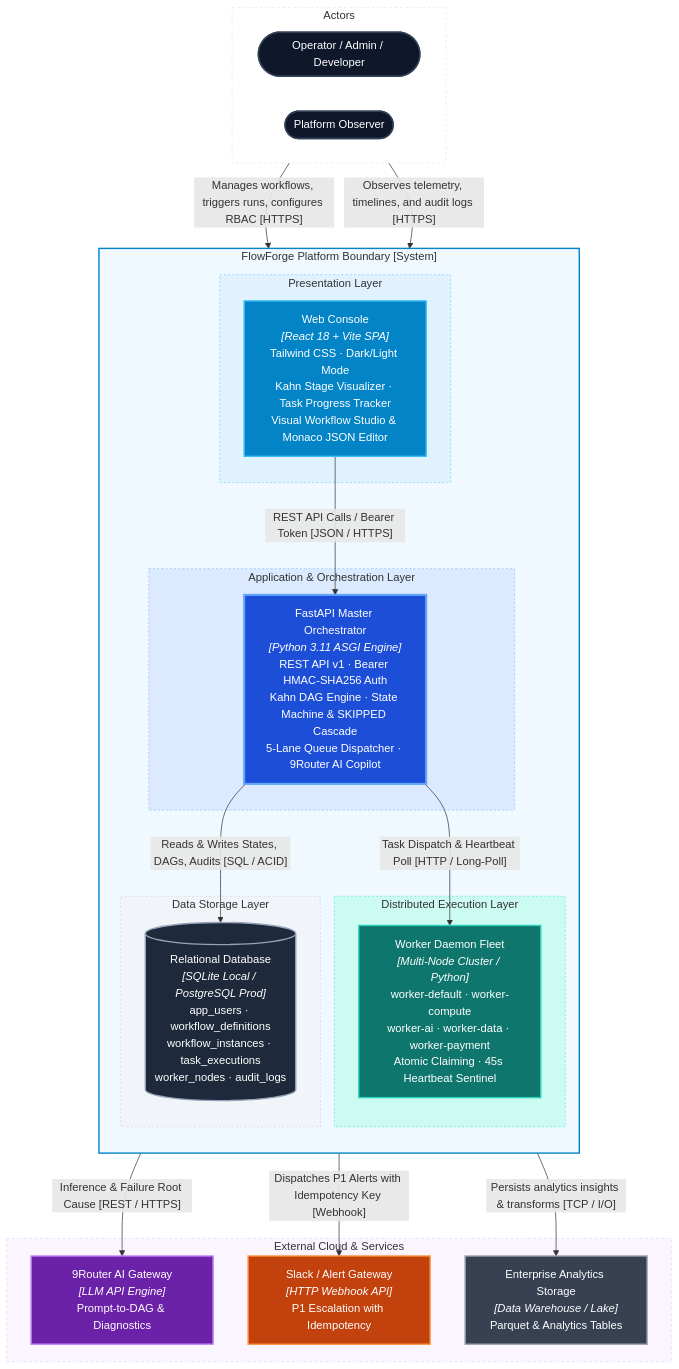
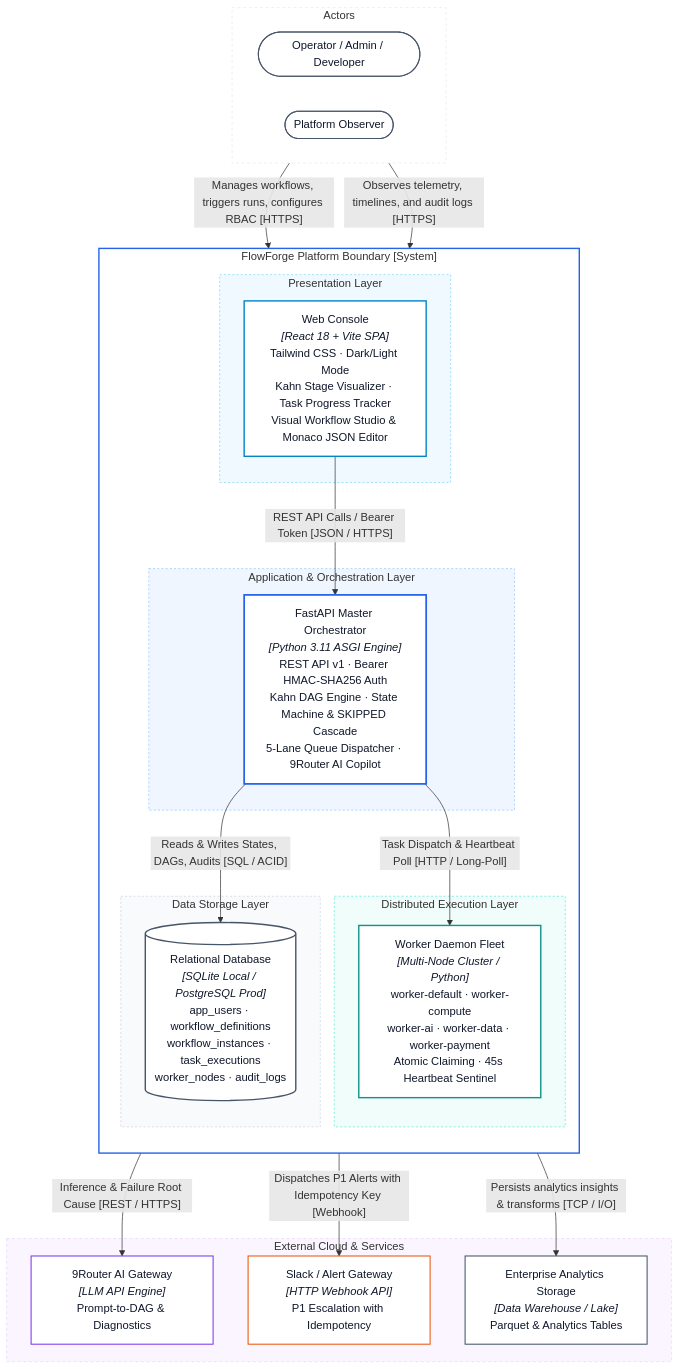
One commit to AnCoder1310/FlowForge changed the third of 11 diagrams in README.md. Above: the diagram before and after it, drawn with Mermaid. The commit also changed other lines of this file and 3 other files, not shown here.

Commit message:
docs & diagrams: redraw architecture diagrams to clean light theme and update README

````diff
--- a/README.md
+++ b/README.md
@@ -257,60 +259,60 @@
 ```mermaid
 flowchart TB
     subgraph users["Actors"]
         direction LR
         operator(["Operator / Admin / Developer"]):::actor
         viewer(["Platform Observer"]):::actor
     end
 
     subgraph dwop["FlowForge Platform Boundary [System]"]
         direction TB
 
         subgraph presentation["Presentation Layer"]
             web["Web Console<br/><i>[React 18 + Vite SPA]</i><br/>Tailwind CSS · Dark/Light Mode<br/>Kahn Stage Visualizer · Task Progress Tracker<br/>Visual Workflow Studio & Monaco JSON Editor"]:::webContainer
         end
 
         subgraph application["Application & Orchestration Layer"]
             backend["FastAPI Master Orchestrator<br/><i>[Python 3.11 ASGI Engine]</i><br/>REST API v1 · Bearer HMAC-SHA256 Auth<br/>Kahn DAG Engine · State Machine & SKIPPED Cascade<br/>5-Lane Queue Dispatcher · 9Router AI Copilot"]:::apiContainer
         end
 
         subgraph workerCluster["Distributed Execution Layer"]
             workers["Worker Daemon Fleet<br/><i>[Multi-Node Cluster / Python]</i><br/>worker-default · worker-compute<br/>worker-ai · worker-data · worker-payment<br/>Atomic Claiming · 45s Heartbeat Sentinel"]:::workerContainer
         end
 
         subgraph persistence["Data Storage Layer"]
             database[("Relational Database<br/><i>[SQLite Local / PostgreSQL Prod]</i><br/>app_users · workflow_definitions<br/>workflow_instances · task_executions<br/>worker_nodes · audit_logs")]:::dbContainer
         end
     end
 
     subgraph externalServices["External Cloud & Services"]
         llm["9Router AI Gateway<br/><i>[LLM API Engine]</i><br/>Prompt-to-DAG & Diagnostics"]:::aiExternal
         slack["Slack / Alert Gateway<br/><i>[HTTP Webhook API]</i><br/>P1 Escalation with Idempotency"]:::notifyExternal
         dataLake["Enterprise Analytics Storage<br/><i>[Data Warehouse / Lake]</i><br/>Parquet & Analytics Tables"]:::storageExternal
     end
 
     operator -- "Manages workflows, triggers runs, configures RBAC [HTTPS]" --> web
     viewer -- "Observes telemetry, timelines, and audit logs [HTTPS]" --> web
     web -- "REST API Calls / Bearer Token [JSON / HTTPS]" --> backend
     backend -- "Reads & Writes States, DAGs, Audits [SQL / ACID]" --> database
     backend -- "Inference & Failure Root Cause [REST / HTTPS]" --> llm
     backend -- "Task Dispatch & Heartbeat Poll [HTTP / Long-Poll]" --> workers
     workers -- "Dispatches P1 Alerts with Idempotency Key [Webhook]" --> slack
     workers -- "Persists analytics insights & transforms [TCP / I/O]" --> dataLake
 
-    classDef actor fill:#0f172a,color:#fff,stroke:#334155,stroke-width:2px;
-    classDef webContainer fill:#0284c7,color:#fff,stroke:#38bdf8,stroke-width:2px;
-    classDef apiContainer fill:#1d4ed8,color:#fff,stroke:#60a5fa,stroke-width:3px;
-    classDef workerContainer fill:#0f766e,color:#fff,stroke:#2dd4bf,stroke-width:2px;
-    classDef dbContainer fill:#1e293b,color:#fff,stroke:#94a3b8,stroke-width:2px;
-    classDef aiExternal fill:#6b21a8,color:#fff,stroke:#c084fc,stroke-width:2px;
-    classDef notifyExternal fill:#c2410c,color:#fff,stroke:#fb923c,stroke-width:2px;
-    classDef storageExternal fill:#374151,color:#fff,stroke:#9ca3af,stroke-width:2px;
+    classDef actor fill:#ffffff,color:#0f172a,stroke:#475569,stroke-width:1.5px;
+    classDef webContainer fill:#ffffff,color:#0f172a,stroke:#0284c7,stroke-width:2px;
+    classDef apiContainer fill:#ffffff,color:#0f172a,stroke:#2563eb,stroke-width:2.5px;
+    classDef workerContainer fill:#ffffff,color:#0f172a,stroke:#0d9488,stroke-width:2px;
+    classDef dbContainer fill:#ffffff,color:#0f172a,stroke:#475569,stroke-width:2px;
+    classDef aiExternal fill:#ffffff,color:#0f172a,stroke:#7c3aed,stroke-width:1.5px;
+    classDef notifyExternal fill:#ffffff,color:#0f172a,stroke:#ea580c,stroke-width:1.5px;
+    classDef storageExternal fill:#ffffff,color:#0f172a,stroke:#475569,stroke-width:1.5px;
 
-    style dwop fill:#f0f9ff,stroke:#0284c7,stroke-width:2px
-    style presentation fill:#e0f2fe,stroke:#7dd3fc,stroke-dasharray:3 3
-    style application fill:#dbeafe,stroke:#93c5fd,stroke-dasharray:3 3
-    style workerCluster fill:#ccfbf1,stroke:#5eead4,stroke-dasharray:3 3
-    style persistence fill:#f1f5f9,stroke:#cbd5e1,stroke-dasharray:3 3
+    style dwop fill:#ffffff,stroke:#2563eb,stroke-width:2px
+    style presentation fill:#f0f9ff,stroke:#7dd3fc,stroke-dasharray:3 3
+    style application fill:#eff6ff,stroke:#93c5fd,stroke-dasharray:3 3
+    style workerCluster fill:#f0fdfa,stroke:#5eead4,stroke-dasharray:3 3
+    style persistence fill:#f8fafc,stroke:#cbd5e1,stroke-dasharray:3 3
     style users fill:#ffffff,stroke:#e2e8f0,stroke-dasharray:4 4
     style externalServices fill:#faf5ff,stroke:#e9d5ff,stroke-dasharray:4 4
 ```
````
